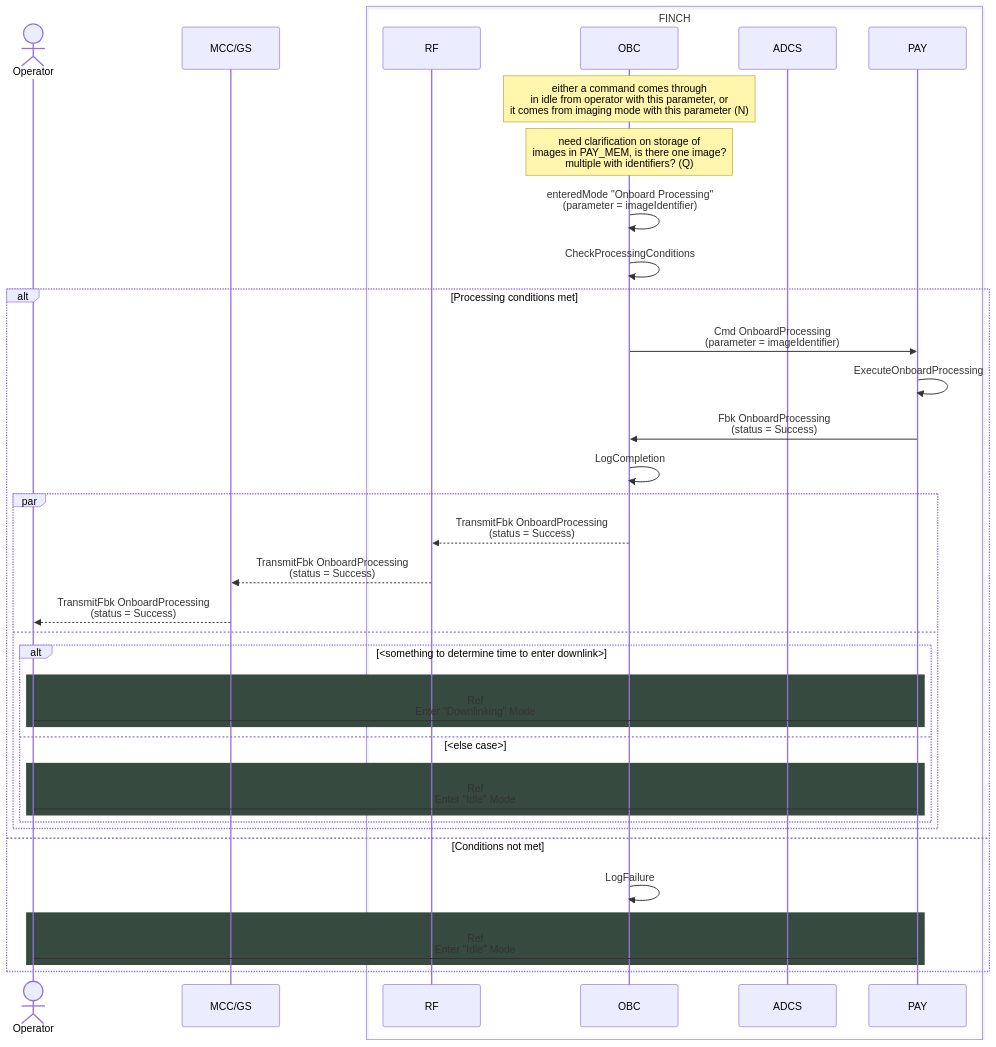
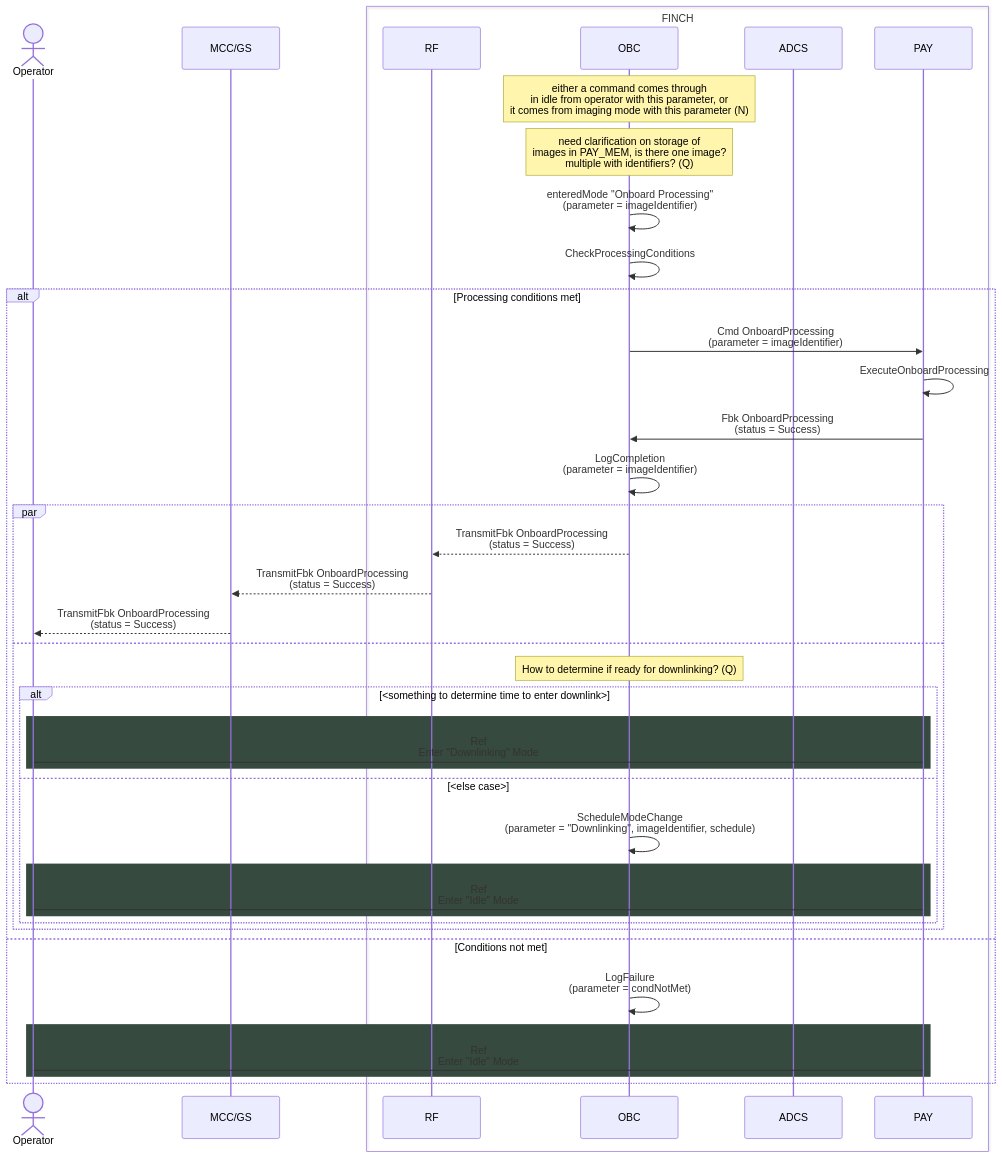
Before and after one commit to Addy-lit/FINCH-system-architecture: the diagram in command sequences/onboard-processing-command.md, drawn with Mermaid.

````diff
--- a/command sequences/onboard-processing-command.md
+++ b/command sequences/onboard-processing-command.md
@@ -2,45 +2,47 @@
 ```mermaid
 
 sequenceDiagram
     Actor Operator
     participant MCC/GS
     box FINCH
         participant RF
         participant OBC
         participant ADCS
         participant PAY
     end
 
 	note over OBC: either a command comes through <br> in idle from operator with this parameter, or <br> it comes from imaging mode with this parameter (N)
 	note over OBC: need clarification on storage of <br> images in PAY_MEM, is there one image? <br> multiple with identifiers? (Q)
 	OBC ->> OBC: enteredMode "Onboard Processing" <br> (parameter = imageIdentifier)
 
     OBC ->> OBC: CheckProcessingConditions
     alt Processing conditions met
         OBC ->> PAY: Cmd OnboardProcessing <br> (parameter = imageIdentifier)
         PAY ->> PAY: ExecuteOnboardProcessing
         PAY ->> OBC: Fbk OnboardProcessing <br> (status = Success)
-	OBC ->> OBC: LogCompletion
+		OBC ->> OBC: LogCompletion <br> (parameter = imageIdentifier)
       
         par
             OBC -->> RF: TransmitFbk OnboardProcessing <br> (status = Success)
             RF -->> MCC/GS: TransmitFbk OnboardProcessing <br> (status = Success)
             MCC/GS -->> Operator: TransmitFbk OnboardProcessing <br> (status = Success)
         and
+			note over OBC: How to determine if ready for downlinking? (Q)
 			alt <something to determine time to enter downlink>
-            	rect rgb(54,74,63)
-      	        	Operator -> PAY: Ref <br/> Enter "Downlinking" Mode
+				rect rgb(54,74,63)
+      	      		Operator -> PAY: Ref <br/> Enter "Downlinking" Mode
             	end
 			else <else case>
-	      		rect rgb(54,74,63)
-      	        	Operator -> PAY: Ref <br/> Enter "Idle" Mode
-            	end
+				OBC ->> OBC: ScheduleModeChange <br> (parameter = "Downlinking", imageIdentifier, schedule)
+	    		rect rgb(54,74,63)
+      	     	  	Operator -> PAY: Ref <br/> Enter "Idle" Mode
+           	 	end
 			end
-        end
+		end
     else Conditions not met
-		OBC ->> OBC: LogFailure
+		OBC ->> OBC: LogFailure <br> (parameter = condNotMet)
         rect rgb(54,74,63)
 	        Operator -> PAY: Ref <br/> Enter "Idle" Mode
         end
     end
 ```
````
